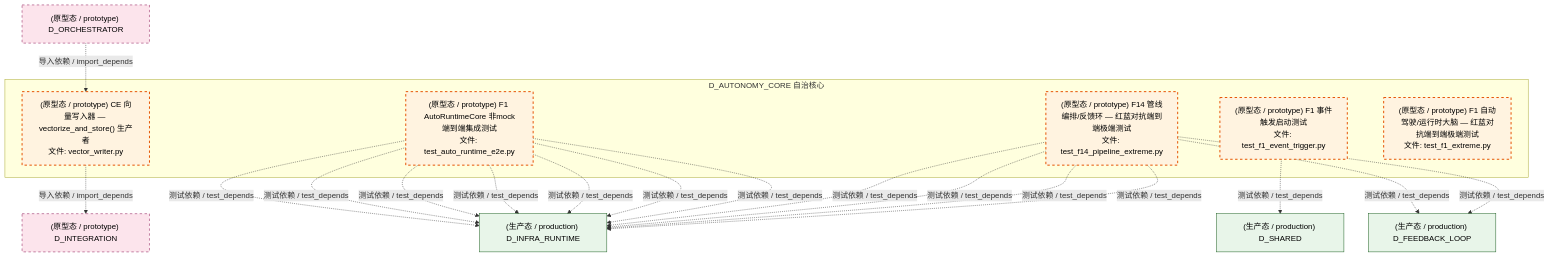
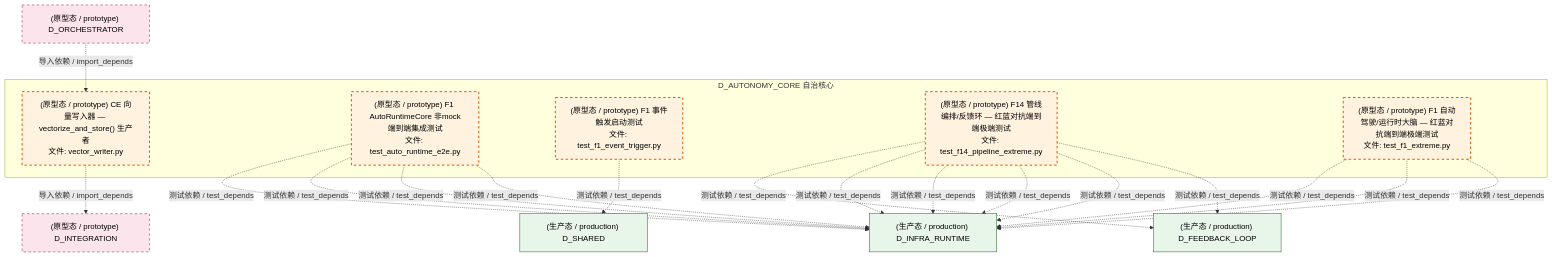
Before and after one commit to xuanFelixVan/ZephyrAlpha: the seventh of 8 diagrams in docs/02_enterprise_architecture/02_domain_architecture_docs/07_d_autonomy_core.md, drawn with Mermaid. The commit also changed other lines of this file and 102 other files, not shown here.

````diff
--- a/docs/02_enterprise_architecture/02_domain_architecture_docs/07_d_autonomy_core.md
+++ b/docs/02_enterprise_architecture/02_domain_architecture_docs/07_d_autonomy_core.md
@@ -764,38 +763,38 @@
 ```mermaid
 graph TD
     subgraph D_AUTONOMY_CORE["D_AUTONOMY_CORE 自治核心"]
         src_zephyr_integration_vector_memory_vector_writer_py["(原型态 / prototype) CE 向量写入器 — vectorize_and_store() 生产者<br/>文件: vector_writer.py"]
         tests_automation_test_auto_runtime_e2e_py["(原型态 / prototype) F1 AutoRuntimeCore 非mock端到端集成测试<br/>文件: test_auto_runtime_e2e.py"]
         tests_f_lifecycle_test_f1_event_trigger_py["(原型态 / prototype) F1 事件触发启动测试<br/>文件: test_f1_event_trigger.py"]
         tests_trading_extreme_test_f14_pipeline_extreme_py["(原型态 / prototype) F14 管线编排/反馈环 — 红蓝对抗端到端极端测试<br/>文件: test_f14_pipeline_extreme.py"]
         tests_trading_extreme_test_f1_extreme_py["(原型态 / prototype) F1 自动驾驶/运行时大脑 — 红蓝对抗端到端极端测试<br/>文件: test_f1_extreme.py"]
     end
-    D_INTEGRATION["(原型态 / prototype) D_INTEGRATION"]
-    src_zephyr_integration_vector_memory_vector_writer_py -.->|导入依赖 / import_depends| D_INTEGRATION
+    D_FEEDBACK_LOOP["(生产态 / production) D_FEEDBACK_LOOP"]
+    tests_trading_extreme_test_f14_pipeline_extreme_py -.->|测试依赖 / test_depends| D_FEEDBACK_LOOP
     D_INFRA_RUNTIME["(生产态 / production) D_INFRA_RUNTIME"]
+    tests_trading_extreme_test_f14_pipeline_extreme_py -.->|测试依赖 / test_depends| D_INFRA_RUNTIME
+    tests_trading_extreme_test_f1_extreme_py -.->|测试依赖 / test_depends| D_INFRA_RUNTIME
+    tests_trading_extreme_test_f1_extreme_py -.->|测试依赖 / test_depends| D_INFRA_RUNTIME
+    tests_automation_test_auto_runtime_e2e_py -.->|测试依赖 / test_depends| D_INFRA_RUNTIME
+    tests_trading_extreme_test_f14_pipeline_extreme_py -.->|测试依赖 / test_depends| D_INFRA_RUNTIME
     tests_automation_test_auto_runtime_e2e_py -.->|测试依赖 / test_depends| D_INFRA_RUNTIME
     tests_automation_test_auto_runtime_e2e_py -.->|测试依赖 / test_depends| D_INFRA_RUNTIME
     tests_automation_test_auto_runtime_e2e_py -.->|测试依赖 / test_depends| D_INFRA_RUNTIME
-    tests_automation_test_auto_runtime_e2e_py -.->|测试依赖 / test_depends| D_INFRA_RUNTIME
-    tests_automation_test_auto_runtime_e2e_py -.->|测试依赖 / test_depends| D_INFRA_RUNTIME
-    tests_automation_test_auto_runtime_e2e_py -.->|测试依赖 / test_depends| D_INFRA_RUNTIME
-    tests_automation_test_auto_runtime_e2e_py -.->|测试依赖 / test_depends| D_INFRA_RUNTIME
+    D_INTEGRATION["(原型态 / prototype) D_INTEGRATION"]
+    src_zephyr_integration_vector_memory_vector_writer_py -.->|导入依赖 / import_depends| D_INTEGRATION
+    tests_trading_extreme_test_f14_pipeline_extreme_py -.->|测试依赖 / test_depends| D_INFRA_RUNTIME
+    tests_trading_extreme_test_f14_pipeline_extreme_py -.->|测试依赖 / test_depends| D_INFRA_RUNTIME
     D_SHARED["(生产态 / production) D_SHARED"]
     tests_f_lifecycle_test_f1_event_trigger_py -.->|测试依赖 / test_depends| D_SHARED
-    tests_trading_extreme_test_f14_pipeline_extreme_py -.->|测试依赖 / test_depends| D_INFRA_RUNTIME
-    D_FEEDBACK_LOOP["(生产态 / production) D_FEEDBACK_LOOP"]
     tests_trading_extreme_test_f14_pipeline_extreme_py -.->|测试依赖 / test_depends| D_FEEDBACK_LOOP
-    tests_trading_extreme_test_f14_pipeline_extreme_py -.->|测试依赖 / test_depends| D_INFRA_RUNTIME
-    tests_trading_extreme_test_f14_pipeline_extreme_py -.->|测试依赖 / test_depends| D_INFRA_RUNTIME
-    tests_trading_extreme_test_f14_pipeline_extreme_py -.->|测试依赖 / test_depends| D_INFRA_RUNTIME
-    tests_trading_extreme_test_f14_pipeline_extreme_py -.->|测试依赖 / test_depends| D_FEEDBACK_LOOP
+    tests_trading_extreme_test_f1_extreme_py -.->|测试依赖 / test_depends| D_INFRA_RUNTIME
     D_ORCHESTRATOR["(原型态 / prototype) D_ORCHESTRATOR"]
     D_ORCHESTRATOR -.->|导入依赖 / import_depends| src_zephyr_integration_vector_memory_vector_writer_py
     classDef production fill:#e1f5fe,stroke:#01579b,stroke-width:2px,color:#000
     classDef design fill:#fff3e0,stroke:#e65100,stroke-width:2px,color:#000,stroke-dasharray: 5 5
     classDef external_prod fill:#e8f5e9,stroke:#1b5e20,stroke-width:1px,color:#000
     classDef external_design fill:#fce4ec,stroke:#880e4f,stroke-width:1px,color:#000,stroke-dasharray: 5 5
     class src_zephyr_integration_vector_memory_vector_writer_py,tests_automation_test_auto_runtime_e2e_py,tests_f_lifecycle_test_f1_event_trigger_py,tests_trading_extreme_test_f14_pipeline_extreme_py,tests_trading_extreme_test_f1_extreme_py design
-    class D_INFRA_RUNTIME,D_SHARED,D_FEEDBACK_LOOP external_prod
+    class D_FEEDBACK_LOOP,D_INFRA_RUNTIME,D_SHARED external_prod
     class D_INTEGRATION,D_ORCHESTRATOR external_design
 ```
````
